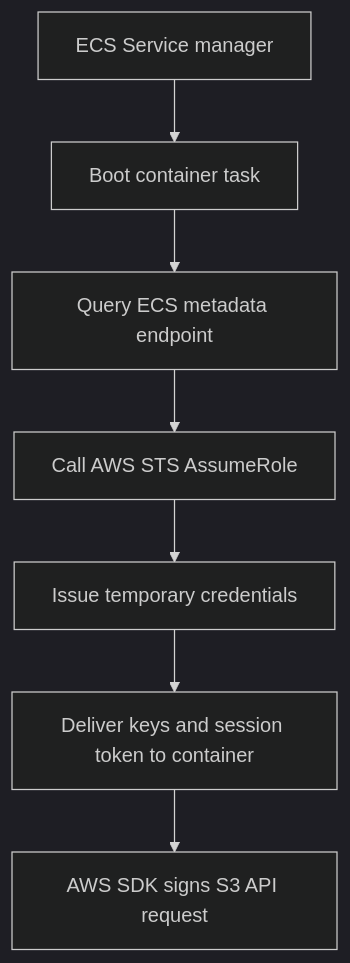
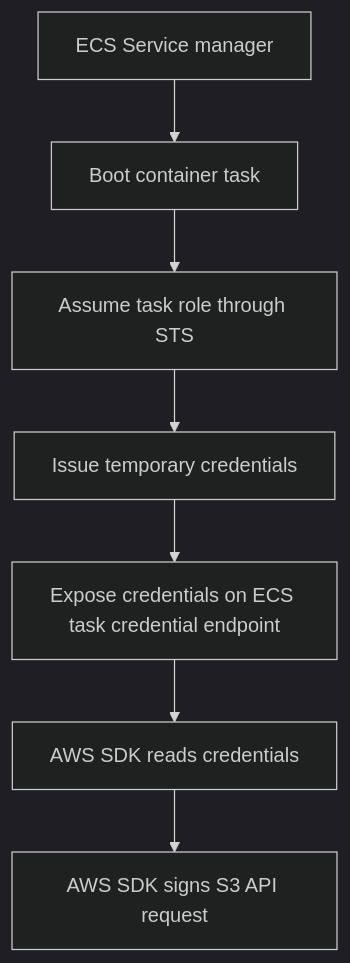
The diagram in cloud-providers/aws/identity-security/02-workload-access-and-temporary-credentials.md (senlinyy/dev-roadmaps), drawn with Mermaid (dark theme) before and after one commit. The commit also changed other lines of this file and 530 other files, not shown here.

````diff
--- a/cloud-providers/aws/identity-security/02-workload-access-and-temporary-credentials.md
+++ b/cloud-providers/aws/identity-security/02-workload-access-and-temporary-credentials.md
@@ -74,9 +74,9 @@
 ```mermaid
 flowchart TD
     ECS[ECS Service manager] --> Boot[Boot container task]
-    Boot --> Request[Query ECS metadata endpoint]
-    Request --> STS[Call AWS STS AssumeRole]
-    STS --> Issue[Issue temporary credentials]
-    Issue --> Inject[Deliver keys and session token to container]
-    Inject --> SDK[AWS SDK signs S3 API request]
+    Boot --> Assume[Assume task role through STS]
+    Assume --> Issue[Issue temporary credentials]
+    Issue --> Endpoint[Expose credentials on ECS task credential endpoint]
+    Endpoint --> SDK[AWS SDK reads credentials]
+    SDK --> Signed[AWS SDK signs S3 API request]
 ```
````
